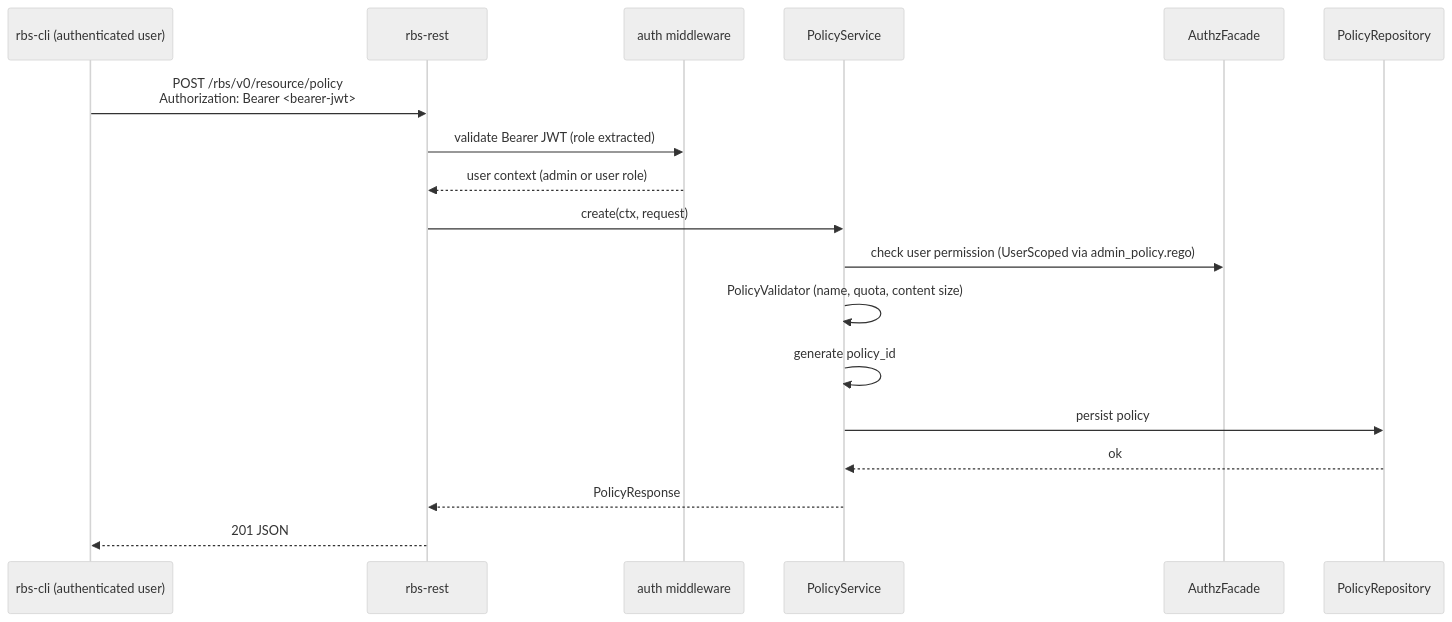
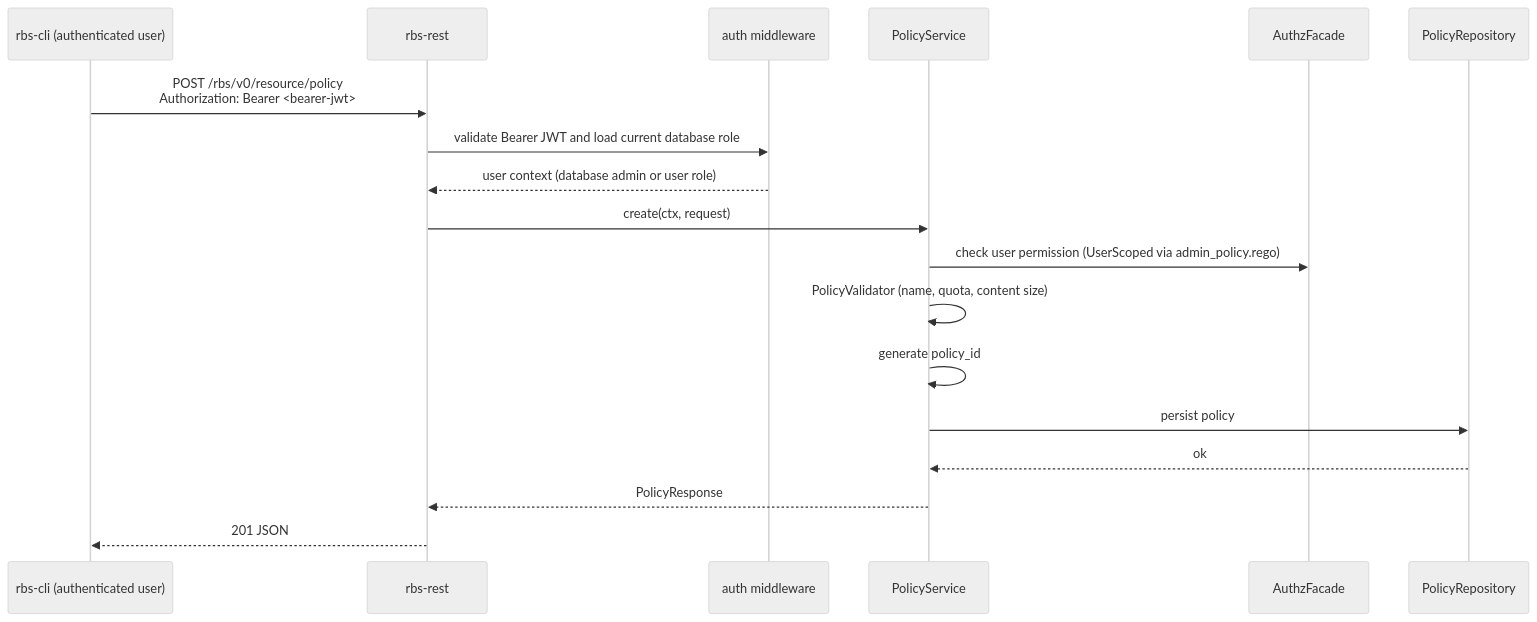
One commit to openeuler-mirror/globaltrustauthority-rbs changed the tenth of 19 diagrams in docs/design/architecture.md. Above: the diagram before and after it, drawn with Mermaid (neutral theme). The commit also changed other lines of this file and 27 other files, not shown here.

First line of the commit message:
fix(auth): use stored user roles instead of JWT role claims

````diff
--- a/docs/design/architecture.md
+++ b/docs/design/architecture.md
@@ -457,21 +458,21 @@
 ```mermaid
 sequenceDiagram
     participant User as rbs-cli (authenticated user)
     participant REST as rbs-rest
     participant Auth as auth middleware
     participant PS as PolicyService
     participant AuthZ as AuthzFacade
     participant Repo as PolicyRepository
 
     User->>REST: POST /rbs/v0/resource/policy<br/>Authorization: Bearer #60;bearer-jwt#62;
-    REST->>Auth: validate Bearer JWT (role extracted)
-    Auth-->>REST: user context (admin or user role)
+    REST->>Auth: validate Bearer JWT and load current database role
+    Auth-->>REST: user context (database admin or user role)
     REST->>PS: create(ctx, request)
     PS->>AuthZ: check user permission (UserScoped via admin_policy.rego)
     PS->>PS: PolicyValidator (name, quota, content size)
     PS->>PS: generate policy_id
     PS->>Repo: persist policy
     Repo-->>PS: ok
     PS-->>REST: PolicyResponse
     REST-->>User: 201 JSON
 ```
````
